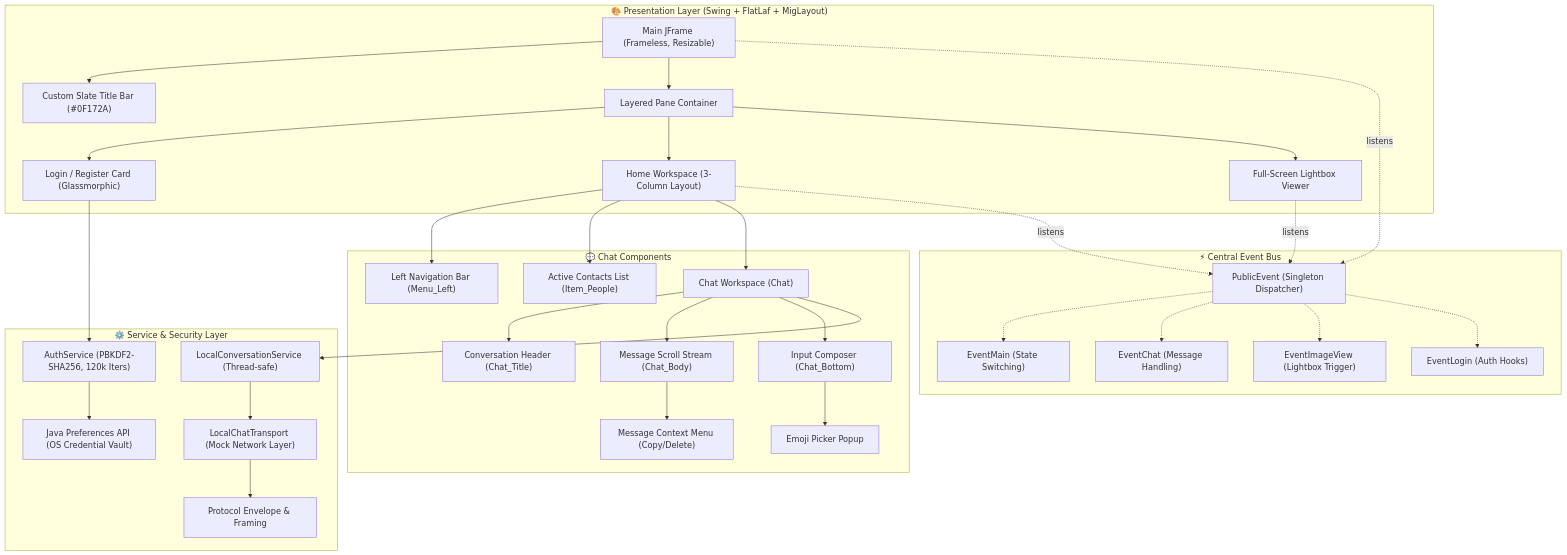
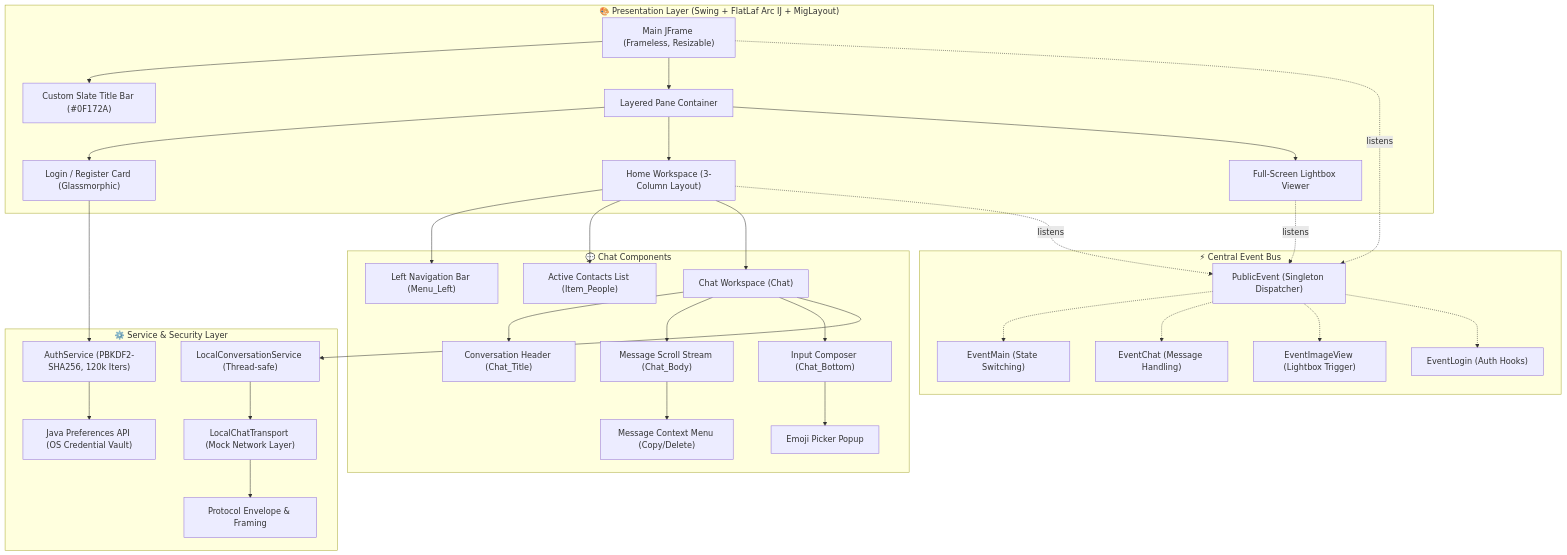
One commit to Nafiz-365/Java-Chat-Application changed the diagram in README.md. Above: the diagram before and after it, drawn with Mermaid. The commit also changed other lines of this file and 11 other files, not shown here.

````diff
--- a/README.md
+++ b/README.md
@@ -66,69 +62,69 @@
 ```mermaid
 graph TD
-    subgraph Presentation ["🎨 Presentation Layer (Swing + FlatLaf + MigLayout)"]
+    subgraph Presentation ["🎨 Presentation Layer (Swing + FlatLaf Arc IJ + MigLayout)"]
         Main["Main JFrame (Frameless, Resizable)"]
         TitleBar["Custom Slate Title Bar (#0F172A)"]
         Body["Layered Pane Container"]
         Login["Login / Register Card (Glassmorphic)"]
         Home["Home Workspace (3-Column Layout)"]
         ImageView["Full-Screen Lightbox Viewer"]
     end
 
     subgraph ChatUI ["💬 Chat Components"]
         Nav["Left Navigation Bar (Menu_Left)"]
         Conversations["Active Contacts List (Item_People)"]
         ChatRoom["Chat Workspace (Chat)"]
         ChatHeader["Conversation Header (Chat_Title)"]
         MessageStream["Message Scroll Stream (Chat_Body)"]
         Composer["Input Composer (Chat_Bottom)"]
         ContextMenu["Message Context Menu (Copy/Delete)"]
         Emoji["Emoji Picker Popup"]
     end
 
     subgraph CoreEvents ["⚡ Central Event Bus"]
         PublicEvent["PublicEvent (Singleton Dispatcher)"]
         EventMain["EventMain (State Switching)"]
         EventChat["EventChat (Message Handling)"]
         EventImageView["EventImageView (Lightbox Trigger)"]
         EventLogin["EventLogin (Auth Hooks)"]
     end
 
     subgraph Services ["⚙️ Service & Security Layer"]
         AuthService["AuthService (PBKDF2-SHA256, 120k Iters)"]
         LocalConvService["LocalConversationService (Thread-safe)"]
         LocalTransport["LocalChatTransport (Mock Network Layer)"]
         Protocol["Protocol Envelope & Framing"]
         Prefs["Java Preferences API (OS Credential Vault)"]
     end
 
     Main --> TitleBar
     Main --> Body
     Body --> Login
     Body --> Home
     Body --> ImageView
 
     Home --> Nav
     Home --> Conversations
     Home --> ChatRoom
     ChatRoom --> ChatHeader
     ChatRoom --> MessageStream
     ChatRoom --> Composer
 
     Composer --> Emoji
     MessageStream --> ContextMenu
 
     PublicEvent -.-> EventMain
     PublicEvent -.-> EventChat
     PublicEvent -.-> EventImageView
     PublicEvent -.-> EventLogin
 
     Home -. listens .-> PublicEvent
     Main -. listens .-> PublicEvent
     ImageView -. listens .-> PublicEvent
 
     Login --> AuthService
     AuthService --> Prefs
     ChatRoom --> LocalConvService
     LocalConvService --> LocalTransport
     LocalTransport --> Protocol
 ```
````
